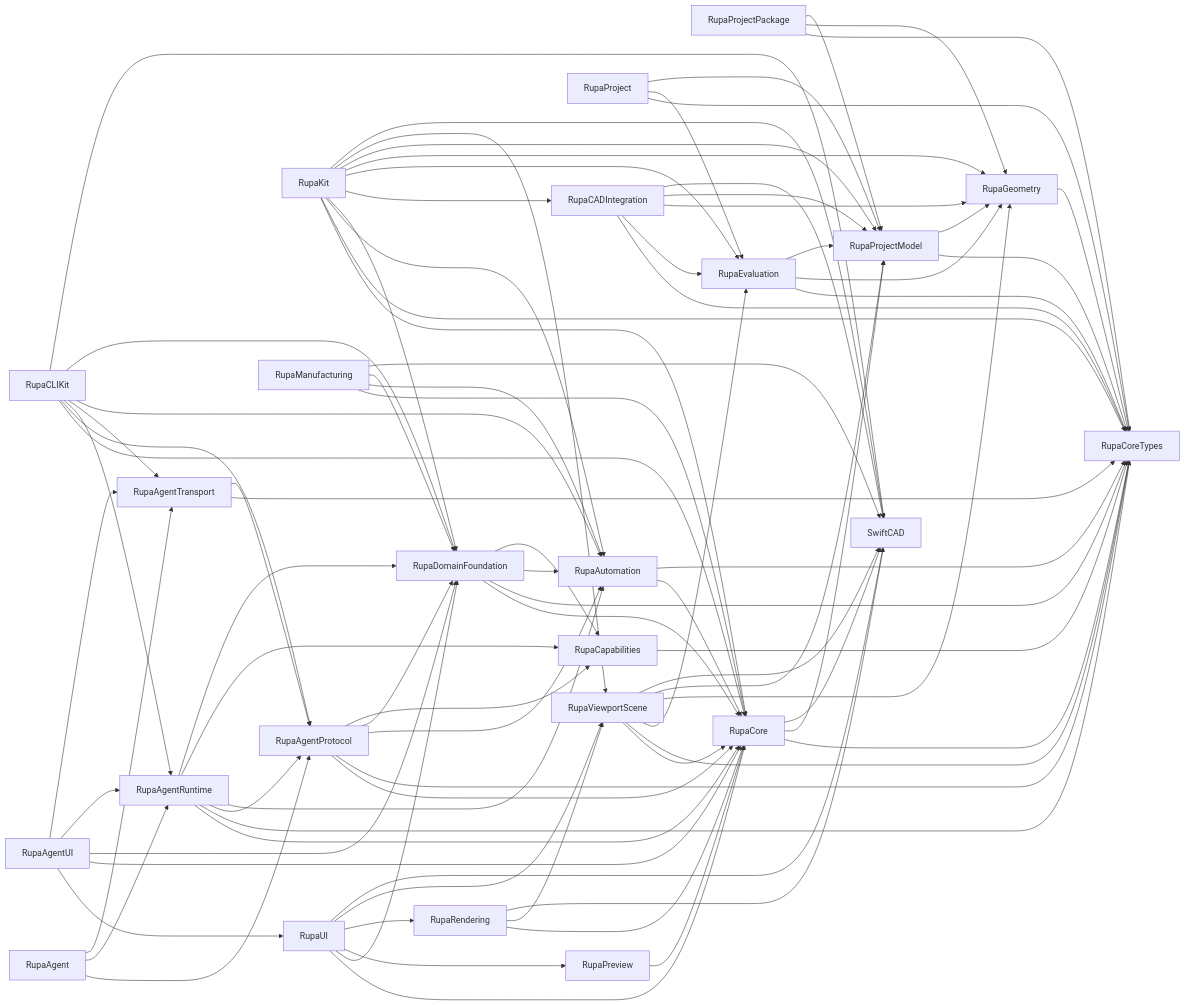
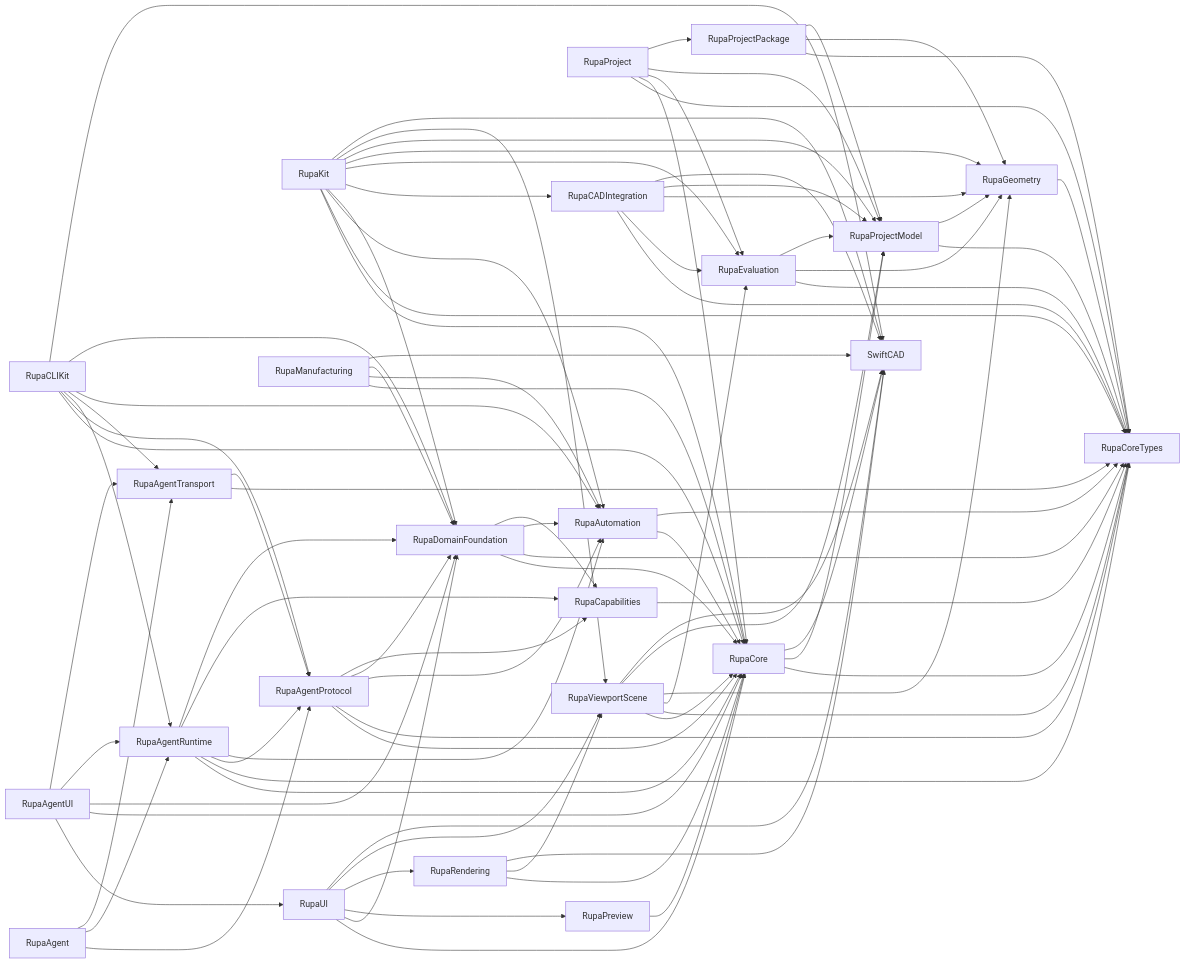
One commit to 1amageek/Rupa changed the first of 3 diagrams in RupaKit/ARCHITECTURE.md. Above: the diagram before and after it, drawn with Mermaid. The commit also changed 21 other files, not shown here.

```diff
--- a/RupaKit/ARCHITECTURE.md
+++ b/RupaKit/ARCHITECTURE.md
@@ -25,8 +25,10 @@
     Evaluation --> Geometry
     Evaluation --> ProjectModel
     Project[RupaProject] --> CoreTypes
+    Project --> Core
     Project --> Evaluation
     Project --> ProjectModel
+    Project --> ProjectPackage
     Core[RupaCore] --> CoreTypes
     Core --> ProjectModel
     Core --> SwiftCAD[SwiftCAD]
```
